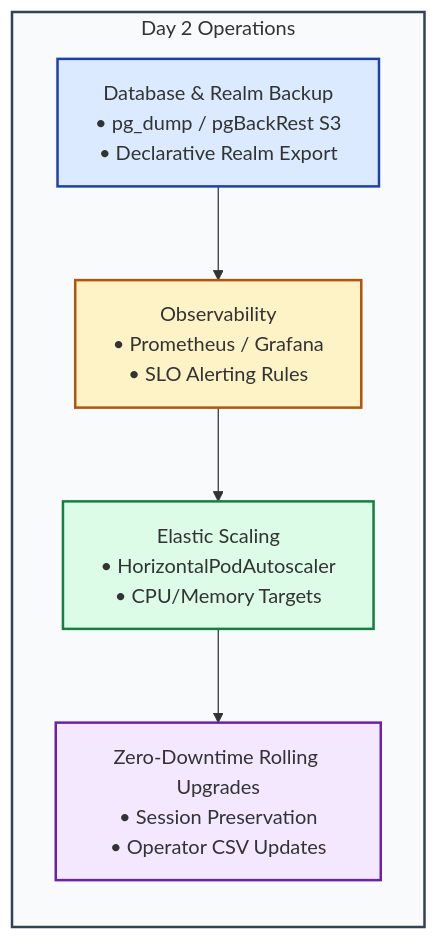
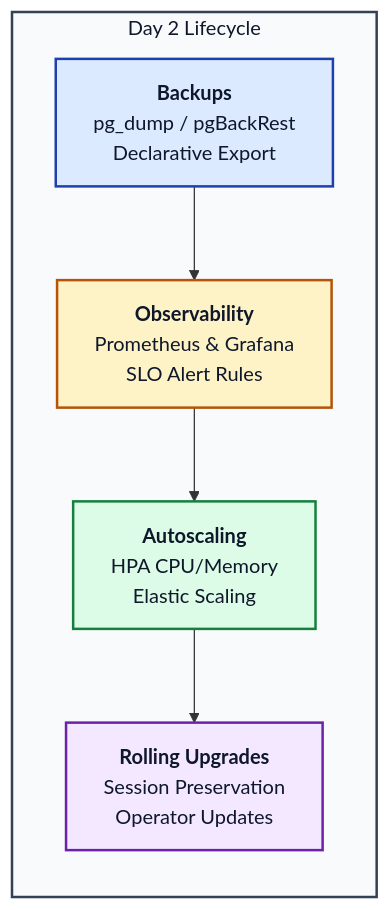
Before and after one commit to nubenetes/keycloak-openshift-2026: the diagram in docs/DAY2_OPERATIONS_MAINTENANCE.md, drawn with Mermaid. The commit also changed 11 other files, not shown here.

Commit message:
fix(docs): optimize Mermaid architecture and sequence diagrams with text-wrapped node labels and improved layout

````diff
--- a/docs/DAY2_OPERATIONS_MAINTENANCE.md
+++ b/docs/DAY2_OPERATIONS_MAINTENANCE.md
@@ -9,17 +9,17 @@
 ```mermaid
 graph LR
-    subgraph Day2["Day 2 Operations"]
-        Backup["Database & Realm Backup<br/>• pg_dump / pgBackRest S3<br/>• Declarative Realm Export"]
-        Monitor["Observability<br/>• Prometheus / Grafana<br/>• SLO Alerting Rules"]
-        Scale["Elastic Scaling<br/>• HorizontalPodAutoscaler<br/>• CPU/Memory Targets"]
-        Upgrade["Zero-Downtime Rolling Upgrades<br/>• Session Preservation<br/>• Operator CSV Updates"]
+    subgraph Day2["Day 2 Lifecycle"]
+        Backup["<b>Backups</b><br/>pg_dump / pgBackRest<br/>Declarative Export"]
+        Monitor["<b>Observability</b><br/>Prometheus & Grafana<br/>SLO Alert Rules"]
+        Scale["<b>Autoscaling</b><br/>HPA CPU/Memory<br/>Elastic Scaling"]
+        Upgrade["<b>Rolling Upgrades</b><br/>Session Preservation<br/>Operator Updates"]
     end
 
     Backup --> Monitor --> Scale --> Upgrade
 
-    style Day2 fill:#f8fafc,stroke:#334155,stroke-width:2px;
-    style Backup fill:#dbeafe,stroke:#1e40af,stroke-width:2px;
-    style Monitor fill:#fef3c7,stroke:#b45309,stroke-width:2px;
-    style Scale fill:#dcfce7,stroke:#15803d,stroke-width:2px;
-    style Upgrade fill:#f3e8ff,stroke:#6b21a8,stroke-width:2px;
+    style Day2 fill:#f8fafc,stroke:#334155,stroke-width:2px,color:#0f172a;
+    style Backup fill:#dbeafe,stroke:#1e40af,stroke-width:2px,color:#0f172a;
+    style Monitor fill:#fef3c7,stroke:#b45309,stroke-width:2px,color:#0f172a;
+    style Scale fill:#dcfce7,stroke:#15803d,stroke-width:2px,color:#0f172a;
+    style Upgrade fill:#f3e8ff,stroke:#6b21a8,stroke-width:2px,color:#0f172a;
 ```
````
